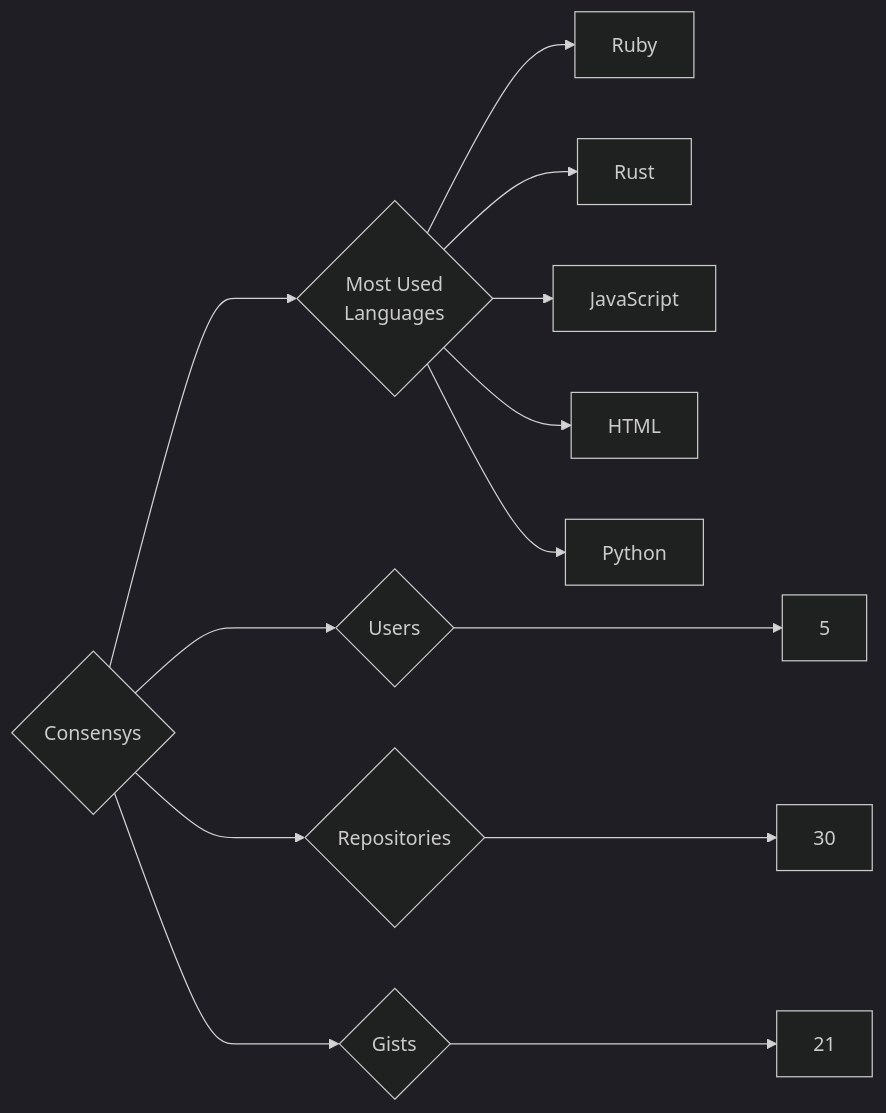
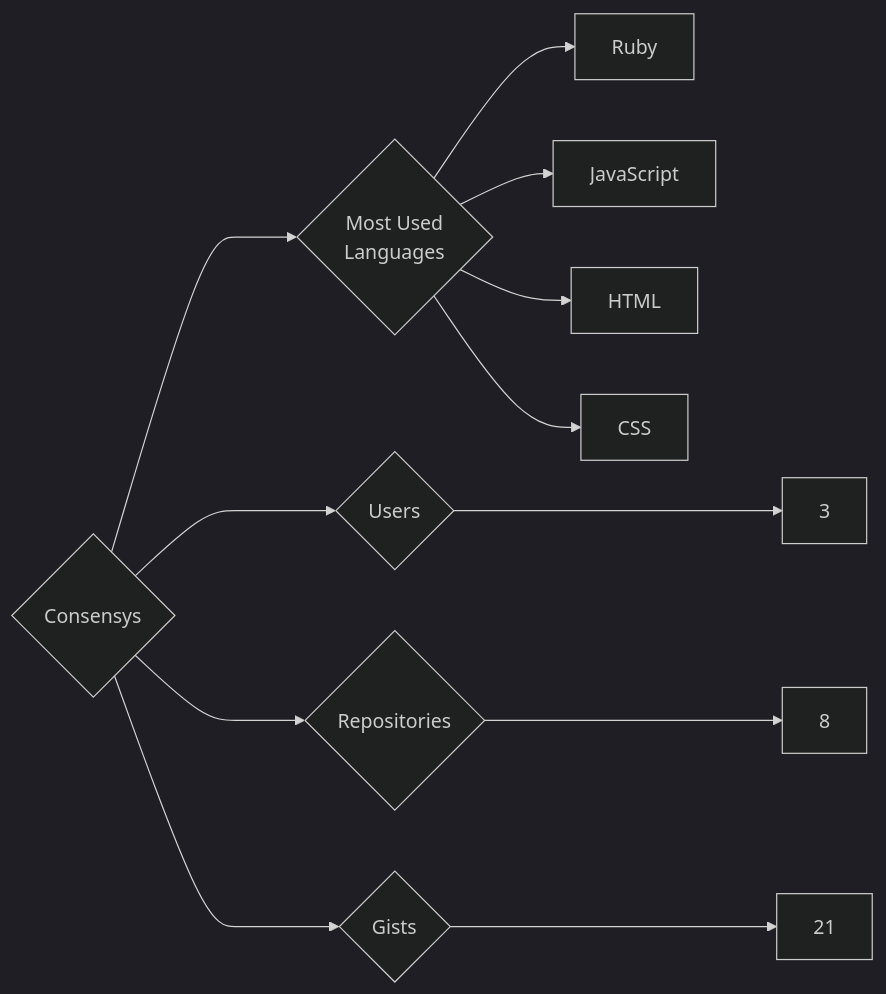
One commit to trickest/insiders changed the diagram in targets/Consensys/README.md. Above: the diagram before and after it, drawn with Mermaid (dark theme). The commit also changed 1149 other files, not shown here.

````diff
--- a/targets/Consensys/README.md
+++ b/targets/Consensys/README.md
@@ -3,13 +3,12 @@
 ```mermaid
 graph LR
 COMPANY_NAME{Consensys}
-COMPANY_NAME ---> U{Users} ---> UN[5]
-COMPANY_NAME ---> R{Repositories} ---> RN[30]
+COMPANY_NAME ---> U{Users} ---> UN[3]
+COMPANY_NAME ---> R{Repositories} ---> RN[8]
 COMPANY_NAME ---> G{Gists} ---> GN[21]
 COMPANY_NAME ---> ML{Most Used<br>Languages}
 ML --> Ruby[Ruby]
-ML --> Rust[Rust]
 ML --> JavaScript[JavaScript]
 ML --> HTML[HTML]
-ML --> Python[Python]
+ML --> CSS[CSS]
 ```
````
